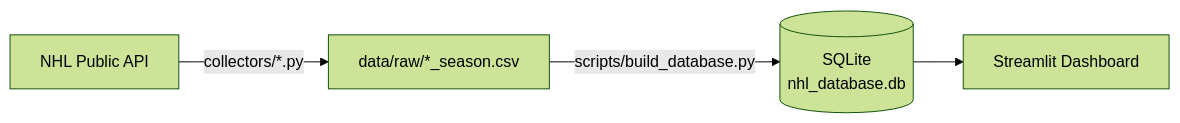
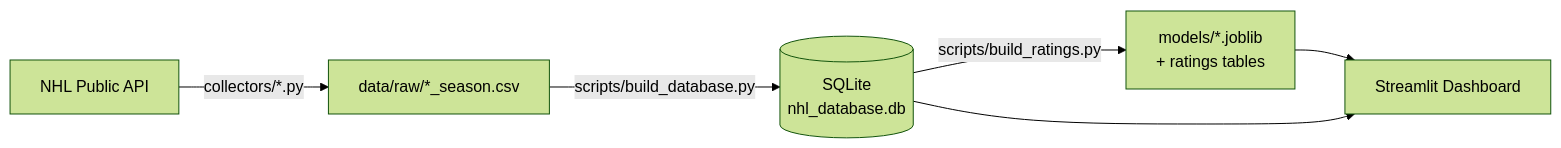
One commit to sbutler68375/hockey_dashboard changed the diagram in README.md. Above: the diagram before and after it, drawn with Mermaid (forest theme). The commit also changed other lines of this file and 30 other files, not shown here.

````diff
--- a/README.md
+++ b/README.md
@@ -25,6 +27,8 @@
 ```mermaid
 flowchart LR
     A[NHL Public API] -->|collectors/*.py| B[data/raw/*_season.csv]
     B -->|scripts/build_database.py| C[(SQLite\nnhl_database.db)]
-    C --> F[Streamlit Dashboard]
+    C -->|scripts/build_ratings.py| D[models/*.joblib\n+ ratings tables]
+    D --> F[Streamlit Dashboard]
+    C --> F
 ```
````
